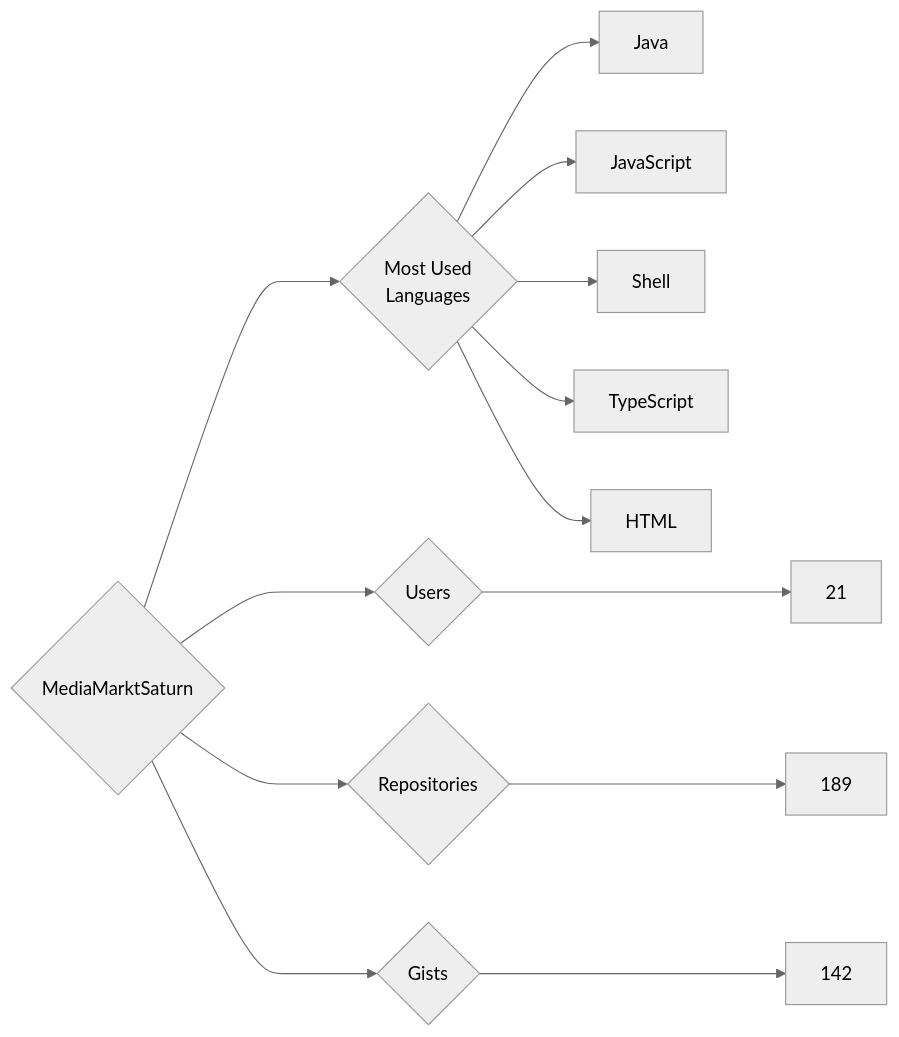
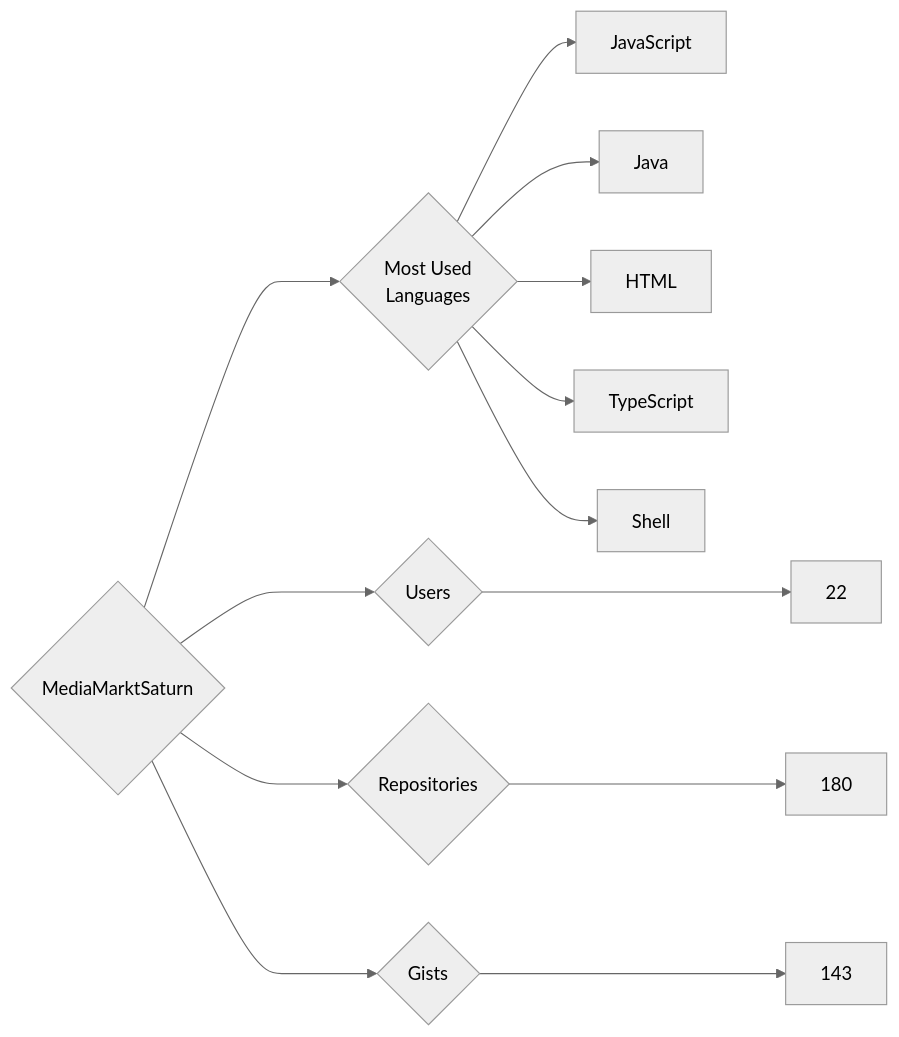
The diagram in targets/MediaMarktSaturn/README.md (trickest/insiders), drawn with Mermaid (neutral theme) before and after one commit. The commit also changed 995 other files, not shown here.

````diff
--- a/targets/MediaMarktSaturn/README.md
+++ b/targets/MediaMarktSaturn/README.md
@@ -3,13 +3,13 @@
 ```mermaid
 graph LR
 COMPANY_NAME{MediaMarktSaturn}
-COMPANY_NAME ---> U{Users} ---> UN[21]
-COMPANY_NAME ---> R{Repositories} ---> RN[189]
-COMPANY_NAME ---> G{Gists} ---> GN[142]
+COMPANY_NAME ---> U{Users} ---> UN[22]
+COMPANY_NAME ---> R{Repositories} ---> RN[180]
+COMPANY_NAME ---> G{Gists} ---> GN[143]
 COMPANY_NAME ---> ML{Most Used<br>Languages}
+ML --> JavaScript[JavaScript]
 ML --> Java[Java]
-ML --> JavaScript[JavaScript]
+ML --> HTML[HTML]
+ML --> TypeScript[TypeScript]
 ML --> Shell[Shell]
-ML --> TypeScript[TypeScript]
-ML --> HTML[HTML]
 ```
````
